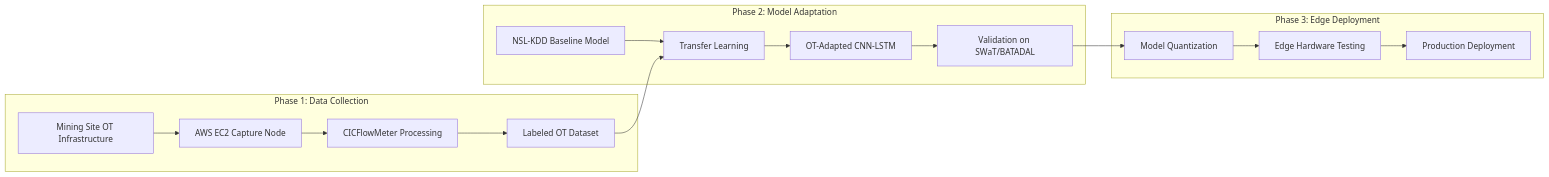
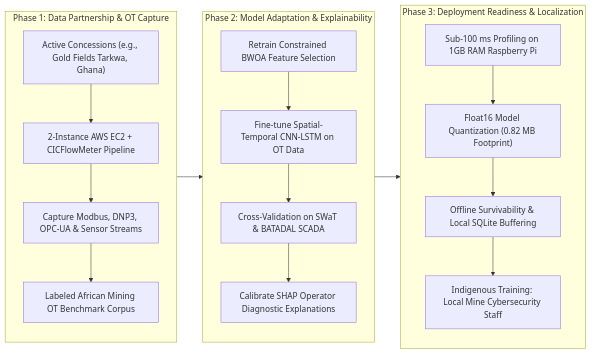
The fourth of 4 diagrams in docs/architecture.md (mhiskall282/Securing-the-Digital-Mine-UNESCO-Project), drawn with Mermaid before and after one commit. The commit also changed other lines of this file and 14 other files, not shown here.

Commit message:
feat: add Mermaid diagrams, configure GitBook, and update conference submission details

````diff
--- a/docs/architecture.md
+++ b/docs/architecture.md
@@ -59,19 +180,31 @@
 ```mermaid
 flowchart LR
-    subgraph Phase1["Phase 1: Data Collection"]
-        P1A["Mining Site OT Infrastructure"] --> P1B["AWS EC2 Capture Node"]
-        P1B --> P1C["CICFlowMeter Processing"]
-        P1C --> P1D["Labeled OT Dataset"]
+    subgraph Phase1["Phase 1: Data Partnership & OT Capture"]
+        direction TB
+        P1A["Active Concessions (e.g., Gold Fields Tarkwa, Ghana)"]
+        P1B["2-Instance AWS EC2 + CICFlowMeter Pipeline"]
+        P1C["Capture Modbus, DNP3, OPC-UA & Sensor Streams"]
+        P1D["Labeled African Mining OT Benchmark Corpus"]
+        P1A --> P1B --> P1C --> P1D
     end
-    subgraph Phase2["Phase 2: Model Adaptation"]
-        P2A["NSL-KDD Baseline Model"] --> P2B["Transfer Learning"]
-        P1D --> P2B
-        P2B --> P2C["OT-Adapted CNN-LSTM"]
-        P2C --> P2D["Validation on SWaT/BATADAL"]
+
+    subgraph Phase2["Phase 2: Model Adaptation & Explainability"]
+        direction TB
+        P2A["Retrain Constrained BWOA Feature Selection"]
+        P2B["Fine-tune Spatial-Temporal CNN-LSTM on OT Data"]
+        P2C["Cross-Validation on SWaT & BATADAL SCADA"]
+        P2D["Calibrate SHAP Operator Diagnostic Explanations"]
+        P2A --> P2B --> P2C --> P2D
     end
-    subgraph Phase3["Phase 3: Edge Deployment"]
-        P2D --> P3A["Model Quantization"]
-        P3A --> P3B["Edge Hardware Testing"]
-        P3B --> P3C["Production Deployment"]
+
+    subgraph Phase3["Phase 3: Deployment Readiness & Localization"]
+        direction TB
+        P3A["Sub-100 ms Profiling on 1GB RAM Raspberry Pi"]
+        P3B["Float16 Model Quantization (0.82 MB Footprint)"]
+        P3C["Offline Survivability & Local SQLite Buffering"]
+        P3D["Indigenous Training: Local Mine Cybersecurity Staff"]
+        P3A --> P3B --> P3C --> P3D
     end
+
+    Phase1 --> Phase2 --> Phase3
 ```
````
